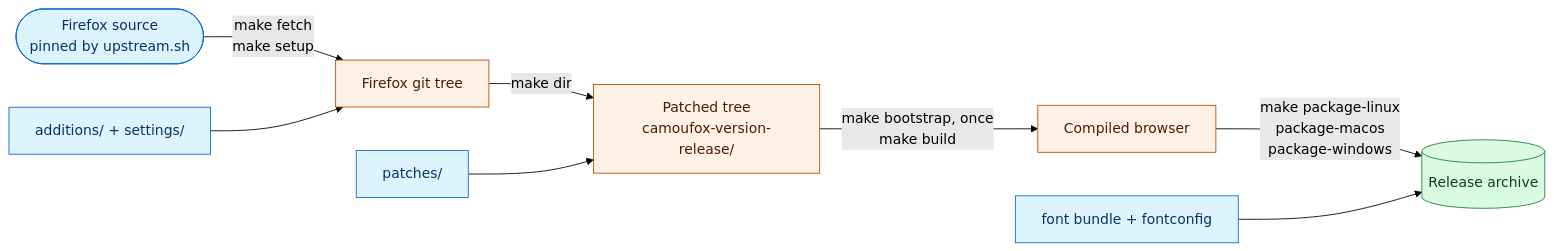
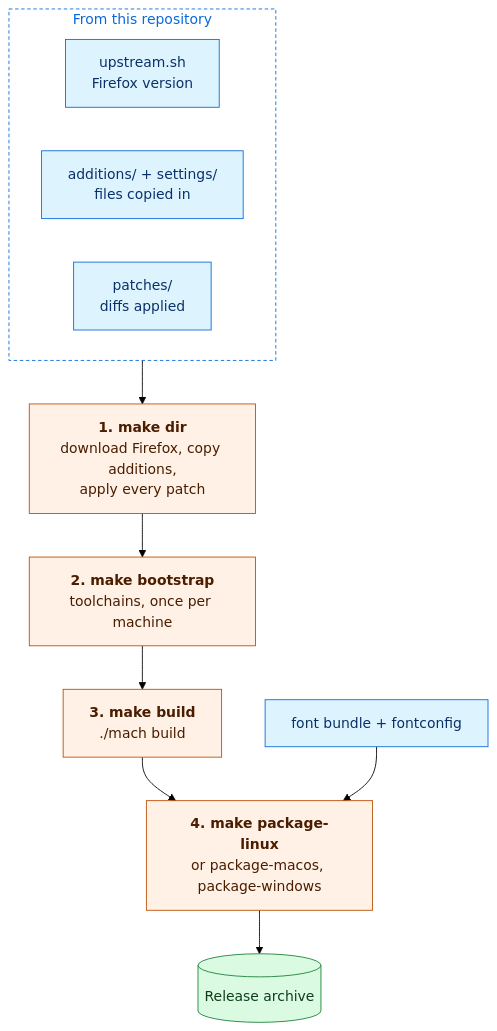
One commit to daijro/camoufox changed the second of 3 diagrams in README.md. Above: the diagram before and after it, drawn with Mermaid (forest theme). The commit also changed other lines of this file and 41 other files, not shown here.

Commit message:
fix: minor leak fixes, patch cleanup, webgpu windows/mac leak fix

````diff
--- a/README.md
+++ b/README.md
@@ -590,22 +613,27 @@
 ```mermaid
-flowchart LR
-    FX(["Firefox source<br/>pinned by upstream.sh"])
-    ADD["additions/ + settings/"]
-    PAT["patches/"]
+flowchart TB
+    subgraph IN["From this repository"]
+        direction LR
+        UP["upstream.sh<br/>Firefox version"]
+        ADD["additions/ + settings/<br/>files copied in"]
+        PAT["patches/<br/>diffs applied"]
+    end
+
+    S1["<b>1. make dir</b><br/>download Firefox, copy additions,<br/>apply every patch"]
+    S2["<b>2. make bootstrap</b><br/>toolchains, once per machine"]
+    S3["<b>3. make build</b><br/>./mach build"]
+    S4["<b>4. make package-linux</b><br/>or package-macos, package-windows"]
     FONTS["font bundle + fontconfig"]
+    OUT[("Release archive")]
 
-    FX -- "make fetch<br/>make setup" --> TREE["Firefox git tree"]
-    ADD --> TREE
-    TREE -- "make dir" --> PATCHED["Patched tree<br/>camoufox-version-release/"]
-    PAT --> PATCHED
-    PATCHED -- "make bootstrap, once<br/>make build" --> OBJ["Compiled browser"]
-    OBJ -- "make package-linux<br/>package-macos<br/>package-windows" --> ZIP[("Release archive")]
-    FONTS --> ZIP
+    IN --> S1 --> S2 --> S3 --> S4 --> OUT
+    FONTS --> S4
 
     classDef input fill:#ddf4ff,stroke:#0969da,color:#0a3069
     classDef step fill:#fff1e5,stroke:#bc4c00,color:#4a1c00
     classDef out fill:#dafbe1,stroke:#1a7f37,color:#0f3d1c
-    class FX,ADD,PAT,FONTS input
-    class TREE,PATCHED,OBJ step
-    class ZIP out
+    class UP,ADD,PAT,FONTS input
+    class S1,S2,S3,S4 step
+    class OUT out
+    style IN fill:none,stroke:#0969da,stroke-dasharray:4 3,color:#0969da
 ```
````
